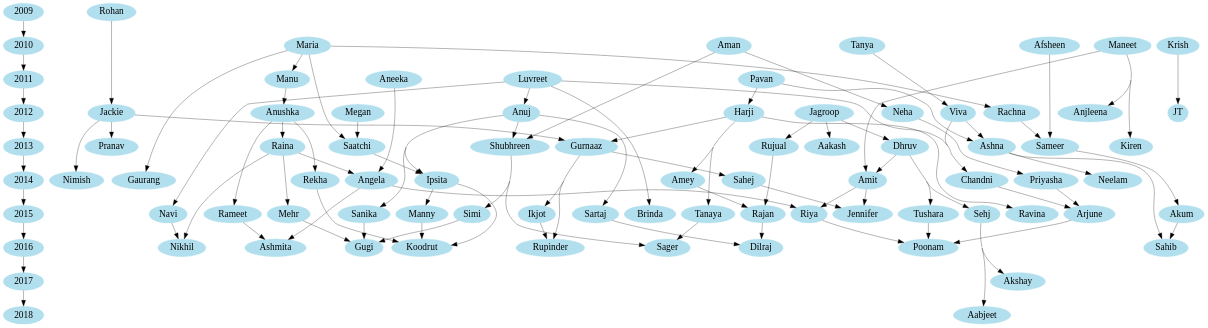
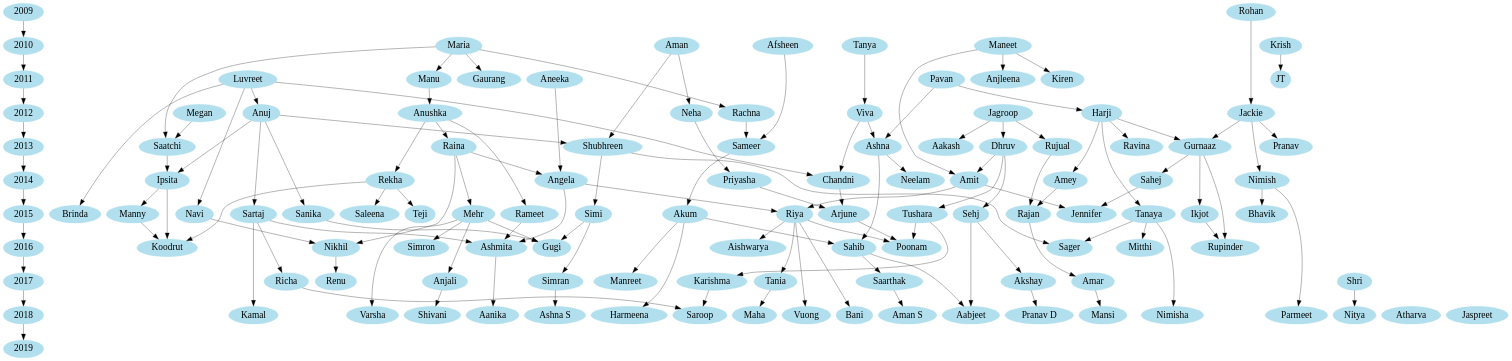
Before and after one commit to Jeetman/DRP-Family-Tree: the diagram in drp-family-tree.dot, drawn with Graphviz. The commit also changed 2 other files, not shown here.

```diff
--- a/drp-family-tree.dot
+++ b/drp-family-tree.dot
@@ -1,113 +1,145 @@
 digraph DRP {
-concentrate=true;
 center=true;
 ranksep=.75;
 	edge [arrowsize=2.0];
 	node [color=lightblue2, fontsize=32, style=filled];
 "2009" -> "2010"
 "2010" -> "2011"
 "2011" -> "2012"
 "2012" -> "2013"
 "2013" -> "2014"
 "2014" -> "2015"
 "2015" -> "2016"
 "2016" -> "2017"
 "2017" -> "2018"
+"2018" -> "2019"
+"Rujual" -> "Rajan"
+"Shubhreen" -> "Simi"
+"Shubhreen" -> "Sager"
+"Amey" -> "Rajan"
+"Chandni" -> "Arjune"
+"Neha" -> "Priyasha"
+"Jagroop" -> "Rujual"
+"Jagroop" -> "Dhruv"
+"Jagroop" -> "Aakash"
+"Luvreet" -> "Anuj"
+"Luvreet" -> "Chandni"
+"Luvreet" -> "Navi"
+"Luvreet" -> "Brinda"
+"Afsheen" -> "Sameer"
+"Ashna" -> "Neelam"
+"Ashna" -> "Sahib"
+"Shri" -> "Nitya"
+"Richa" -> "Saroop"
+"Nimish" -> "Bhavik"
+"Nimish" -> "Parmeet"
+"Saatchi" -> "Ipsita"
+"Harji" -> "Gurnaaz"
+"Harji" -> "Amey"
+"Harji" -> "Tanaya"
+"Harji" -> "Ravina"
+"Manu" -> "Anushka"
+"Sahej" -> "Jennifer"
+"Rameet" -> "Ashmita"
+"Amar" -> "Mansi"
+"Aman" -> "Shubhreen"
+"Aman" -> "Neha"
+"Amit" -> "Riya"
+"Amit" -> "Jennifer"
+"Tushara" -> "Poonam"
+"Tushara" -> "Karishma"
+"Megan" -> "Saatchi"
+"Arjune" -> "Poonam"
+"Sartaj" -> "Richa"
+"Sartaj" -> "Ashmita"
+"Sartaj" -> "Kamal"
+"Ikjot" -> "Rupinder"
+"Akum" -> "Sahib"
+"Akum" -> "Manreet"
+"Akum" -> "Harmeena"
+"Saarthak" -> "Aman S"
 "Dhruv" -> "Sehj"
 "Dhruv" -> "Tushara"
 "Dhruv" -> "Amit"
 "Tanya" -> "Viva"
-"Rujual" -> "Rajan"
+"Nikhil" -> "Renu"
 "Angela" -> "Riya"
 "Angela" -> "Ashmita"
-"Shubhreen" -> "Simi"
-"Shubhreen" -> "Sager"
 "Sanika" -> "Gugi"
+"Akshay" -> "Pranav D"
+"Tania" -> "Maha"
 "Priyasha" -> "Arjune"
+"Simran" -> "Ashna S"
 "Viva" -> "Ashna"
 "Viva" -> "Chandni"
 "Jackie" -> "Gurnaaz"
 "Jackie" -> "Pranav"
 "Jackie" -> "Nimish"
 "Raina" -> "Angela"
 "Raina" -> "Mehr"
 "Raina" -> "Nikhil"
 "Sameer" -> "Akum"
-"Amey" -> "Rajan"
 "Gurnaaz" -> "Sahej"
 "Gurnaaz" -> "Ikjot"
 "Gurnaaz" -> "Rupinder"
-"Chandni" -> "Arjune"
 "Rohan" -> "Jackie"
-"Neha" -> "Priyasha"
 "Maneet" -> "Amit"
 "Maneet" -> "Anjleena"
 "Maneet" -> "Kiren"
 "Simi" -> "Gugi"
+"Simi" -> "Simran"
 "Riya" -> "Poonam"
-"Jagroop" -> "Rujual"
-"Jagroop" -> "Dhruv"
-"Jagroop" -> "Aakash"
-"Luvreet" -> "Anuj"
-"Luvreet" -> "Chandni"
-"Luvreet" -> "Navi"
-"Luvreet" -> "Brinda"
-"Afsheen" -> "Sameer"
+"Riya" -> "Vuong"
+"Riya" -> "Bani"
+"Riya" -> "Tania"
+"Riya" -> "Aishwarya"
 "Maria" -> "Manu"
 "Maria" -> "Rachna"
 "Maria" -> "Saatchi"
 "Maria" -> "Gaurang"
 "Anuj" -> "Shubhreen"
 "Anuj" -> "Ipsita"
 "Anuj" -> "Sanika"
 "Anuj" -> "Sartaj"
-"Ashna" -> "Neelam"
-"Ashna" -> "Sahib"
+"Ashmita" -> "Aanika"
 "Krish" -> "JT"
 "Rekha" -> "Koodrut"
+"Rekha" -> "Saleena"
+"Rekha" -> "Teji"
 "Sehj" -> "Aabjeet"
 "Sehj" -> "Akshay"
 "Rachna" -> "Sameer"
-"Rajan" -> "Dilraj"
-"Saatchi" -> "Ipsita"
-"Harji" -> "Gurnaaz"
-"Harji" -> "Amey"
-"Harji" -> "Tanaya"
-"Harji" -> "Ravina"
-"Manu" -> "Anushka"
-"Sahej" -> "Jennifer"
-"Rameet" -> "Ashmita"
+"Rajan" -> "Amar"
 "Navi" -> "Nikhil"
 "Anushka" -> "Raina"
 "Anushka" -> "Rekha"
 "Anushka" -> "Rameet"
-"Aman" -> "Shubhreen"
-"Aman" -> "Neha"
 "Mehr" -> "Gugi"
+"Mehr" -> "Anjali"
+"Mehr" -> "Varsha"
+"Mehr" -> "Simron"
 "Pavan" -> "Harji"
 "Pavan" -> "Ashna"
-"Amit" -> "Riya"
-"Amit" -> "Jennifer"
 "Tanaya" -> "Sager"
+"Tanaya" -> "Mitthi"
+"Tanaya" -> "Nimisha"
 "Aneeka" -> "Angela"
-"Tushara" -> "Poonam"
+"Anjali" -> "Shivani"
+"Sahib" -> "Aabjeet"
+"Sahib" -> "Saarthak"
+"Karishma" -> "Saroop"
 "Manny" -> "Koodrut"
-"Megan" -> "Saatchi"
-"Arjune" -> "Poonam"
-"Sartaj" -> "Dilraj"
 "Ipsita" -> "Manny"
 "Ipsita" -> "Koodrut"
-"Ikjot" -> "Rupinder"
-"Akum" -> "Sahib"
 {rank=same "2009" "Rohan"}
-{rank=same "2010" "Tanya" "Maneet" "Afsheen" "Maria" "Krish" "Aman"}
+{rank=same "2010" "Afsheen" "Aman" "Tanya" "Maneet" "Maria" "Krish"}
 {rank=same "2011" "Luvreet" "Manu" "Pavan" "Aneeka"}
-{rank=same "2012" "Viva" "Jackie" "Neha" "Jagroop" "Anuj" "Anjleena" "JT" "Rachna" "Harji" "Anushka" "Megan"}
-{rank=same "2013" "Dhruv" "Rujual" "Shubhreen" "Kiren" "Raina" "Sameer" "Aakash" "Gurnaaz" "Pranav" "Ashna" "Saatchi"}
-{rank=same "2014" "Angela" "Priyasha" "Amey" "Chandni" "Rekha" "Nimish" "Sahej" "Gaurang" "Amit" "Ipsita"}
-{rank=same "2015" "Jennifer" "Ravina" "Sanika" "Simi" "Riya" "Brinda" "Sehj" "Rajan" "Rameet" "Navi" "Mehr" "Tanaya" "Tushara" "Manny" "Arjune" "Sartaj" "Ikjot" "Akum"}
-{rank=same "2016" "Nikhil" "Rupinder" "Sager" "Koodrut" "Poonam" "Ashmita" "Gugi" "Dilraj" "Sahib"}
-{rank=same "2017" "Akshay"}
-{rank=same "2018" "Aabjeet"}
+{rank=same "2012" "Neha" "Jagroop" "Harji" "Megan" "Viva" "Jackie" "Anuj" "Rachna" "Anushka"}
+{rank=same "2013" "Rujual" "Shubhreen" "Ashna" "Saatchi" "Dhruv" "Raina" "Sameer" "Gurnaaz"}
+{rank=same "2014" "Amey" "Chandni" "Nimish" "Sahej" "Amit" "Angela" "Priyasha" "Rekha" "Ipsita"}
+{rank=same "2015" "Rameet" "Tushara" "Arjune" "Sartaj" "Ikjot" "Akum" "Sanika" "Simi" "Riya" "Brinda" "Sehj" "Rajan" "Navi" "Mehr" "Tanaya" "Manny"}
+{rank=same "2016" "Nikhil" "Ashmita" "Sahib"}
+{rank=same "2017" "Shri" "Richa" "Manreet" "Amar" "Saarthak" "Akshay" "Tania" "Simran" "Anjali" "Karishma"}
+{rank=same "2018" "Varsha" "Nimisha" "Shivani" "Harmeena" "Bani" "Saroop" "Kamal" "Aman S" "Maha" "Parmeet" "Nitya" "Pranav D" "Vuong" "Aabjeet" "Atharva" "Ashna S" "Aanika" "Jaspreet"}
 {rank=source "Rohan" "2009"}
 }
```
